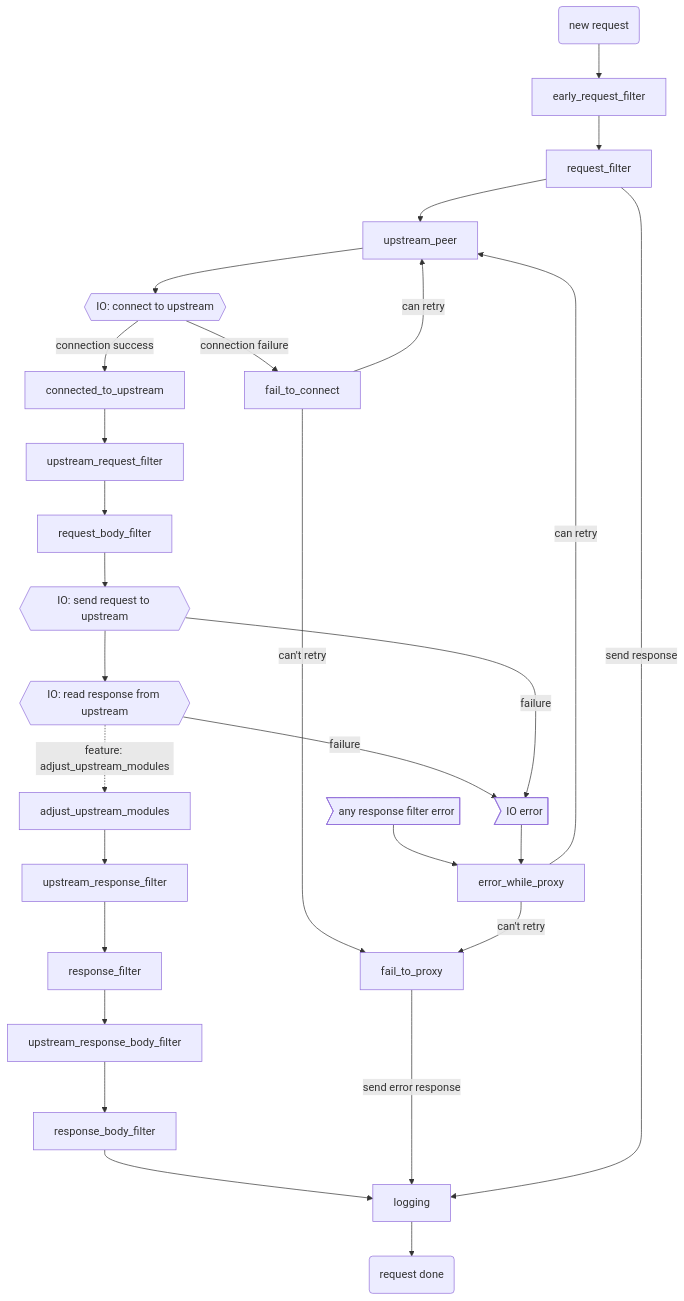
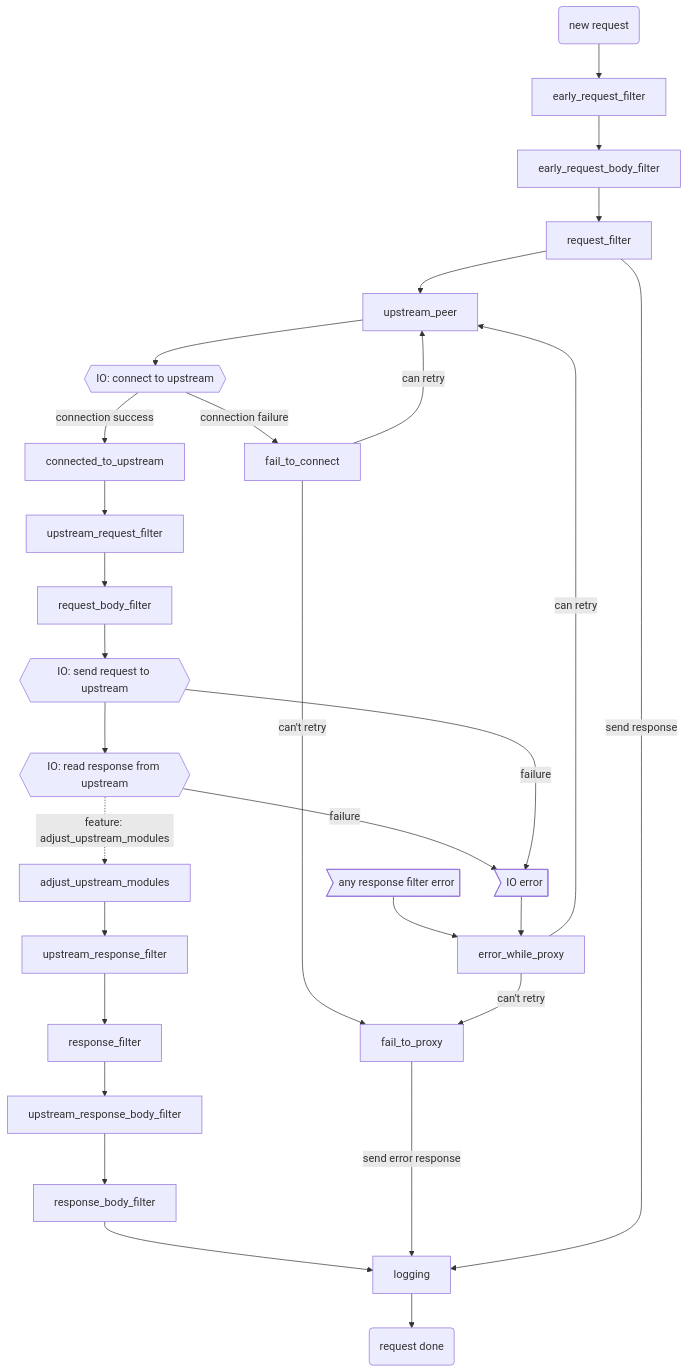
One commit to cloudflare/pingora changed the diagram in docs/user_guide/phase.md. Above: the diagram before and after it, drawn with Mermaid. The commit also changed other lines of this file and 17 other files, not shown here.

````diff
--- a/docs/user_guide/phase.md
+++ b/docs/user_guide/phase.md
@@ -17,32 +17,33 @@
 ```mermaid
  graph TD;
     start("new request")-->early_request_filter;
-    early_request_filter-->request_filter;
+    early_request_filter-->early_request_body_filter;
+    early_request_body_filter-->request_filter;
     request_filter-->upstream_peer;
 
     upstream_peer-->Connect{{IO: connect to upstream}};
 
     Connect--connection success-->connected_to_upstream;
     Connect--connection failure-->fail_to_connect;
 
     connected_to_upstream-->upstream_request_filter;
     upstream_request_filter --> request_body_filter;
     request_body_filter --> SendReq{{IO: send request to upstream}};
     SendReq-->RecvResp{{IO: read response from upstream}};
     RecvResp-.feature: adjust_upstream_modules.->adjust_upstream_modules;
     adjust_upstream_modules-->upstream_response_filter-->response_filter-->upstream_response_body_filter-->response_body_filter-->logging-->endreq("request done");
 
     fail_to_connect --can retry-->upstream_peer;
     fail_to_connect --can't retry-->fail_to_proxy--send error response-->logging;
 
     RecvResp--failure-->IOFailure;
     SendReq--failure-->IOFailure;
     error_while_proxy--can retry-->upstream_peer;
     error_while_proxy--can't retry-->fail_to_proxy;
 
     request_filter --send response-->logging
 
 
     Error>any response filter error]-->error_while_proxy
     IOFailure>IO error]-->error_while_proxy
 ```
````
